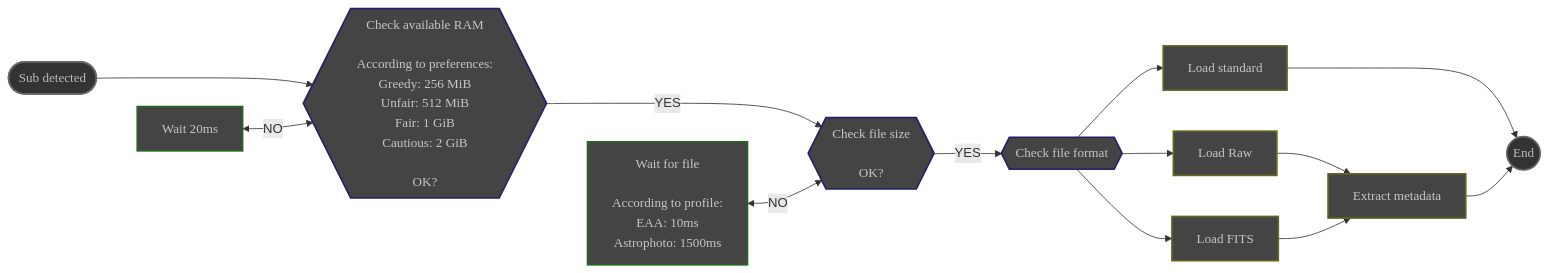
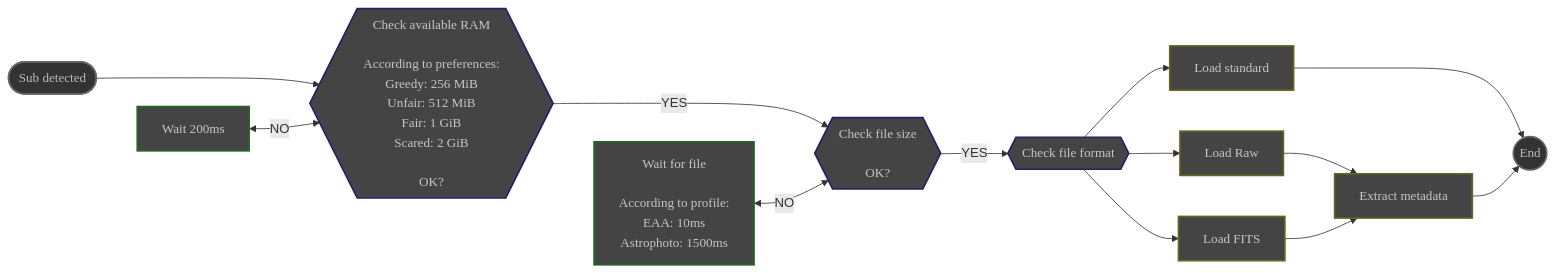
The diagram in website/content/en/docs/v1.0/reference/modules/scanner.md (deufrai/als), drawn with Mermaid before and after one commit. The commit also changed other lines of this file and 1 other file, not shown here.

Commit message:
fix discrepancy between scanner doc and actual code

````diff
--- a/website/content/en/docs/v1.0/reference/modules/scanner.md
+++ b/website/content/en/docs/v1.0/reference/modules/scanner.md
@@ -62,56 +62,56 @@
 ```mermaid
 flowchart LR
     START([Sub detected])
     
     WAIT_FILE[Wait for file<br><br>According to profile:<br>EAA: 10ms<br>Astrophoto: 1500ms]
-    WAIT_RAM[Wait 20ms]
+    WAIT_RAM[Wait 200ms]
     
-    CHECK_RAM{{Check available RAM<br><br>According to preferences:<br>Greedy: 256 MiB<br>Unfair: 512 MiB<br>Fair: 1 GiB<br>Cautious: 2 GiB<br><br>OK?}}
+    CHECK_RAM{{Check available RAM<br><br>According to preferences:<br>Greedy: 256 MiB<br>Unfair: 512 MiB<br>Fair: 1 GiB<br>Scared: 2 GiB<br><br>OK?}}
     CHECK_SIZE{{Check file size<br><br>OK?}}
     TEST_FORMAT{{Check file format}}
     
     FITS[Load FITS]
     STANDARD[Load standard]
     RAW[Load Raw]
     
     METADATA[Extract metadata]
     
     END((End))
     
     START ---> CHECK_RAM   
     WAIT_RAM <-->|NO| CHECK_RAM
  
     
     CHECK_RAM --->|YES| CHECK_SIZE
     WAIT_FILE <-->|NO| CHECK_SIZE   
     CHECK_SIZE -->|YES| TEST_FORMAT
 
     TEST_FORMAT -->  FITS
     TEST_FORMAT -->  STANDARD
     TEST_FORMAT -->  RAW
     
 
     RAW --> METADATA
     FITS --> METADATA
     
     STANDARD ---> END
     METADATA --> END
     
     classDef bounds fill: #333, stroke: #666, stroke-width: 2px, color: #BBB, font-family: 'Poppins', sans-serif
     classDef step fill: #444, stroke: #662, stroke-width:2px, color: #c6c6c6, font-family: 'Poppins',sans-serif
     classDef wait  fill: #444, stroke: #262,stroke-width: 2px, color: #c6c6c6, font-family:'Poppins', sans-serif
     classDef test fill: #444, stroke: #226, stroke-width: 2px, color: #c6c6c6, font-family: 'Poppins', sans-serif
     
     class START bounds
     class WAIT_FILE wait
     class WAIT_RAM wait
     class CHECK_RAM test
     class CHECK_SIZE test
     class TEST_FORMAT test
     class FITS step
     class STANDARD step
     class RAW step
     class METADATA step
     class END bounds
 
 ```
````
